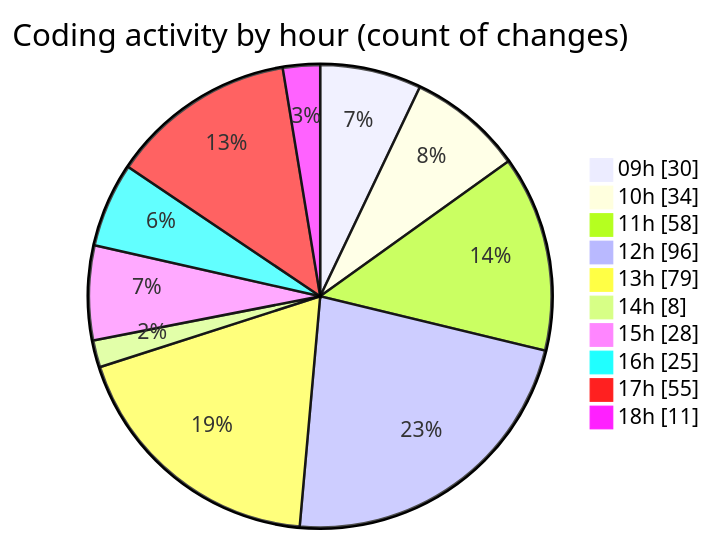
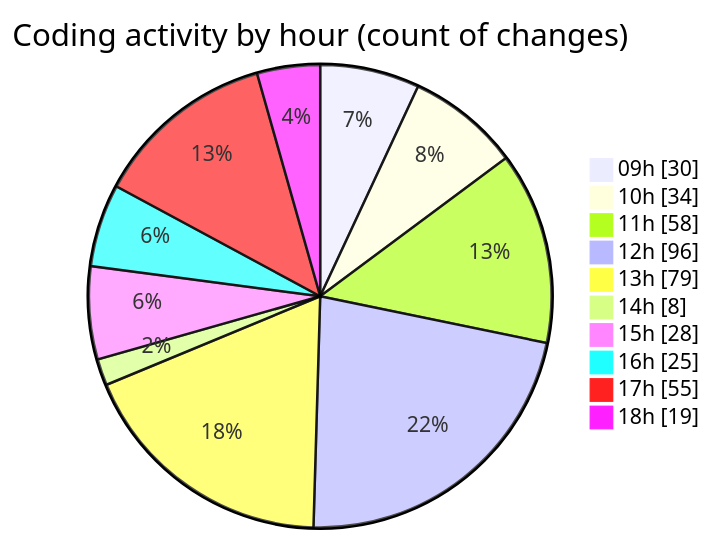
The second of 2 diagrams in 2025-04-02/cda/README.md (momahboobian/code-tracking), drawn with Mermaid before and after one commit. The commit also changed other lines of this file and 1 other file, not shown here.

````diff
--- a/2025-04-02/cda/README.md
+++ b/2025-04-02/cda/README.md
@@ -40,14 +40,14 @@
 ```mermaid
 pie showData
 title Coding activity by hour (count of changes)
 "09h" : 30
 "10h" : 34
 "11h" : 58
 "12h" : 96
 "13h" : 79
 "14h" : 8
 "15h" : 28
 "16h" : 25
 "17h" : 55
-"18h" : 11
+"18h" : 19
 ```
````
